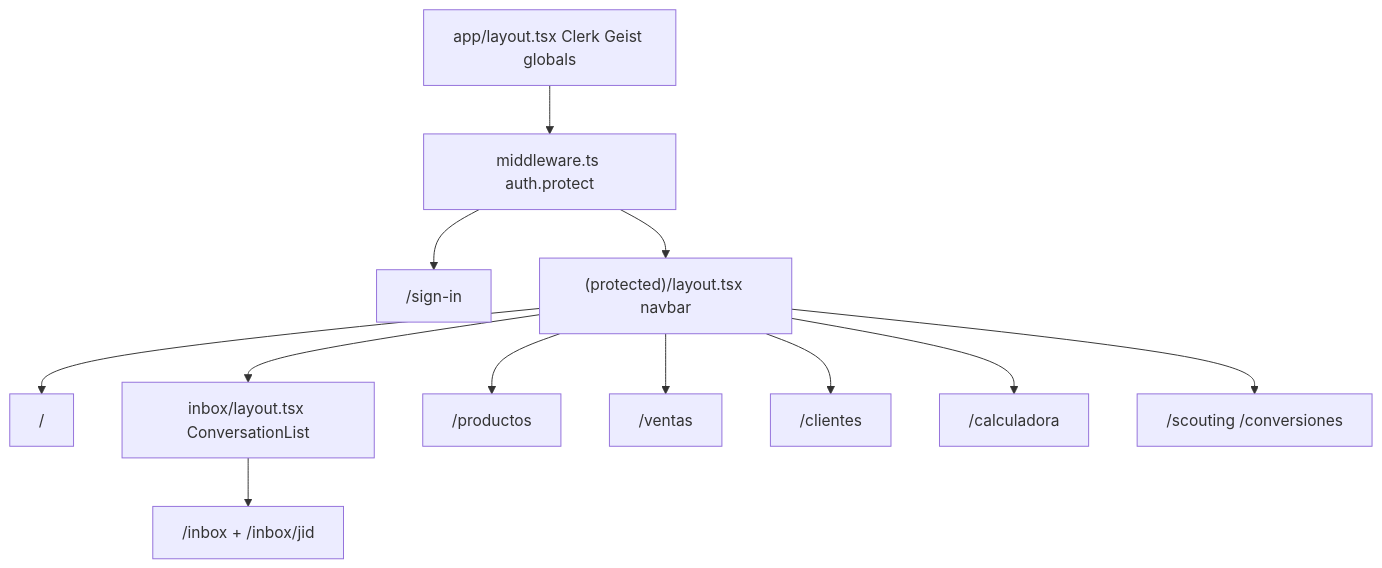
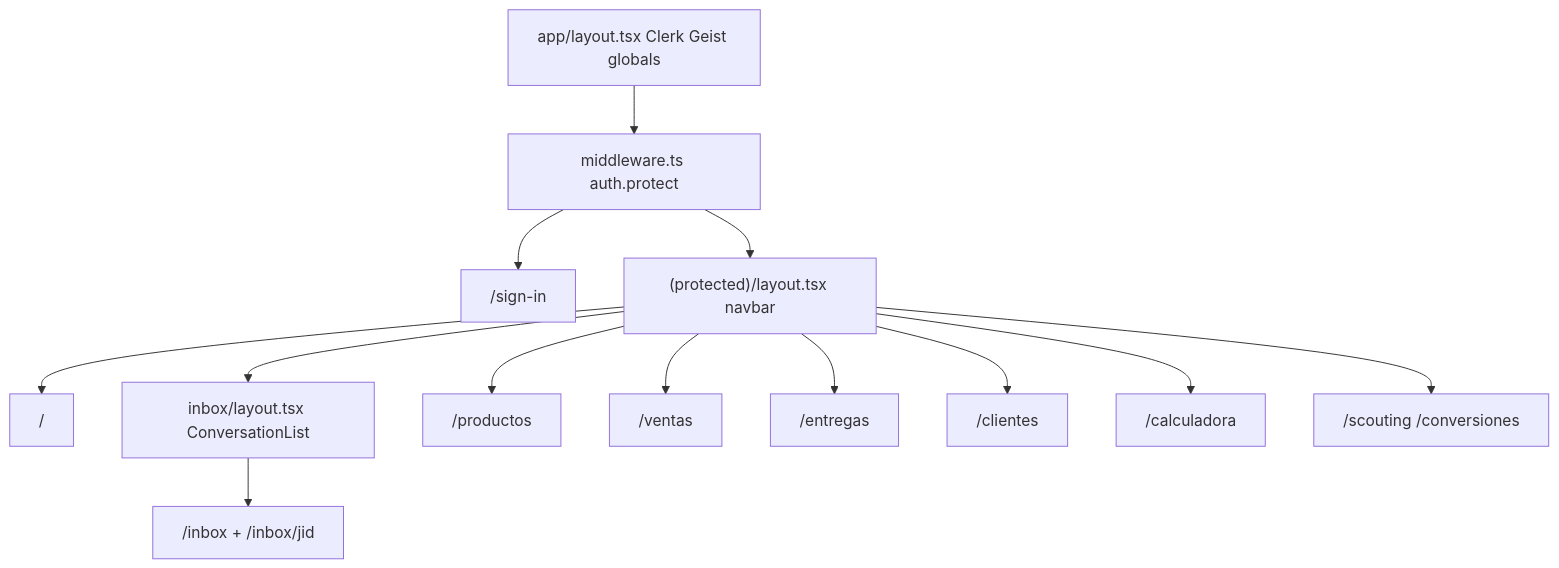
One commit to MigueloDev/fastseller_dashboard changed the diagram in PROJECT.md. Above: the diagram before and after it, drawn with Mermaid. The commit also changed other lines of this file and 62 other files, not shown here.

````diff
--- a/PROJECT.md
+++ b/PROJECT.md
@@ -111,26 +120,28 @@
 ```mermaid
 flowchart TD
   root[app/layout.tsx Clerk Geist globals]
   mw[middleware.ts auth.protect]
   pub["/sign-in"]
   shell["(protected)/layout.tsx navbar"]
   home["/"]
   inboxLayout["inbox/layout.tsx ConversationList"]
   inbox["/inbox + /inbox/jid"]
   productos["/productos"]
   ventas["/ventas"]
+  entregas["/entregas"]
   clientes["/clientes"]
   calc["/calculadora"]
   stubs["/scouting /conversiones"]
 
   mw --> pub
   mw --> shell
   root --> mw
   shell --> home
   shell --> inboxLayout --> inbox
   shell --> productos
   shell --> ventas
+  shell --> entregas
   shell --> clientes
   shell --> calc
   shell --> stubs
 ```
````
